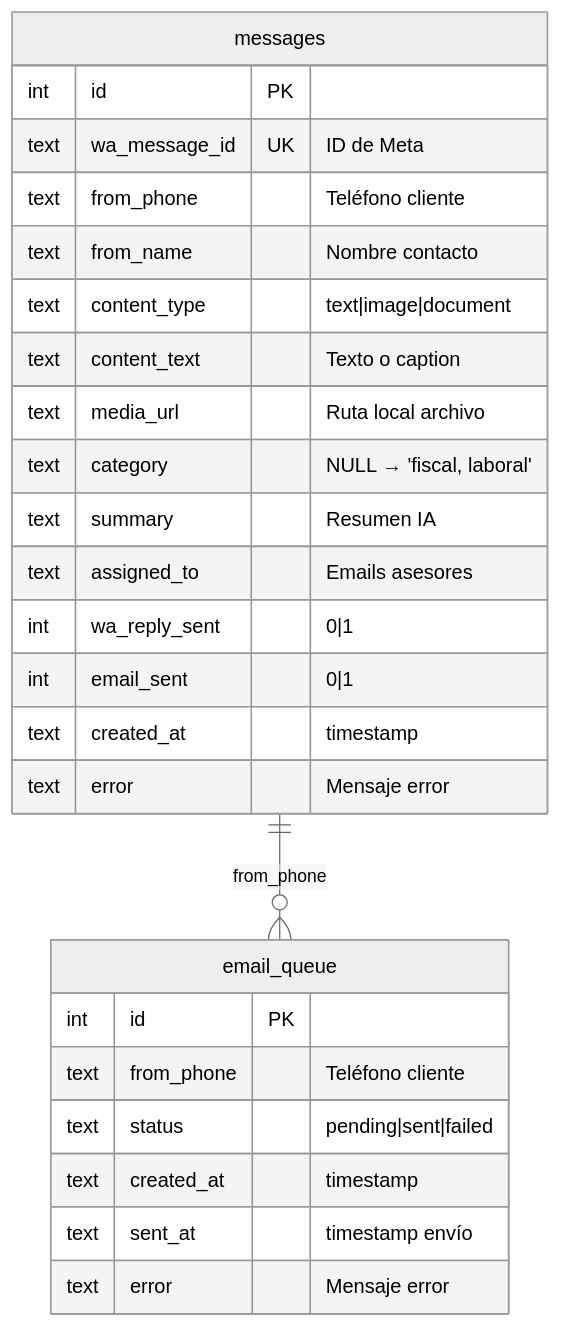
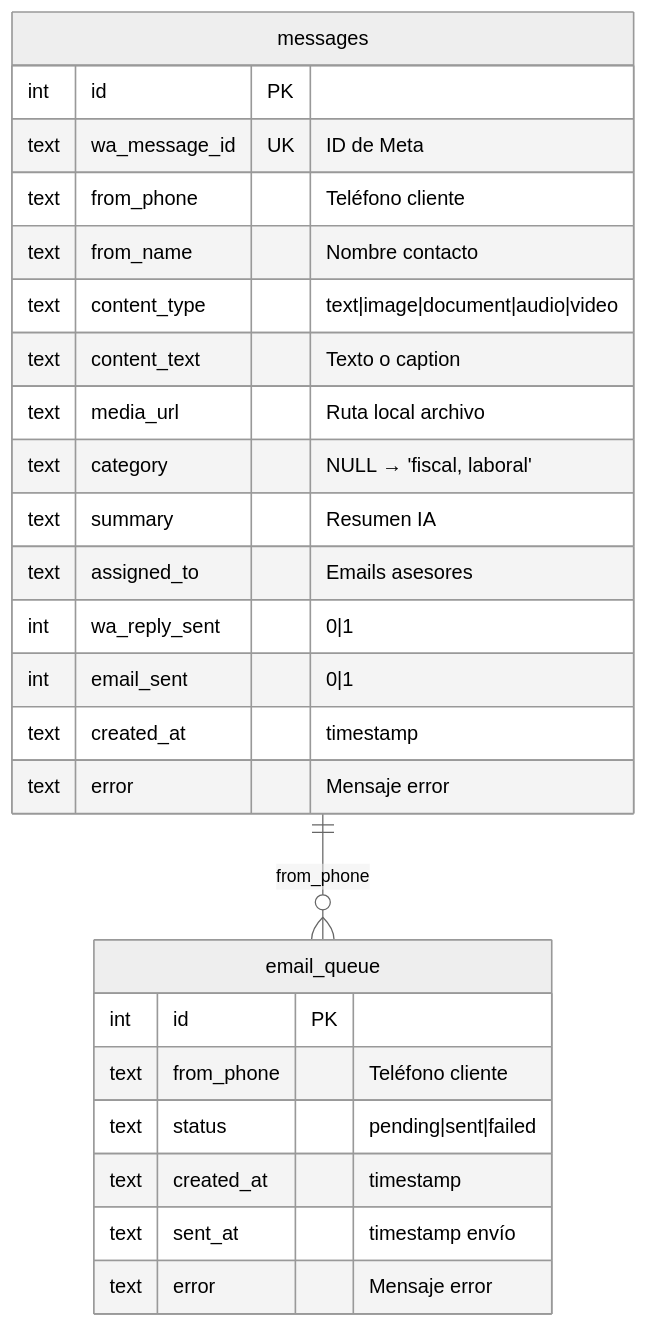
One commit to dmartorell/WhatsApp-manager-poc changed the seventh of 9 diagrams in docs/message-flow-diagram.md. Above: the diagram before and after it, drawn with Mermaid (neutral theme). The commit also changed other lines of this file and 1 other file, not shown here.

First line of the commit message:
Docs: Actualizar plan y diagramas con audio/video

````diff
--- a/docs/message-flow-diagram.md
+++ b/docs/message-flow-diagram.md
@@ -340,30 +340,30 @@
 ```mermaid
 erDiagram
     messages ||--o{ email_queue : "from_phone"
 
     messages {
         int id PK
         text wa_message_id UK "ID de Meta"
         text from_phone "Teléfono cliente"
         text from_name "Nombre contacto"
-        text content_type "text|image|document"
+        text content_type "text|image|document|audio|video"
         text content_text "Texto o caption"
         text media_url "Ruta local archivo"
         text category "NULL → 'fiscal, laboral'"
         text summary "Resumen IA"
         text assigned_to "Emails asesores"
         int wa_reply_sent "0|1"
         int email_sent "0|1"
         text created_at "timestamp"
         text error "Mensaje error"
     }
 
     email_queue {
         int id PK
         text from_phone "Teléfono cliente"
         text status "pending|sent|failed"
         text created_at "timestamp"
         text sent_at "timestamp envío"
         text error "Mensaje error"
     }
 ```
````
